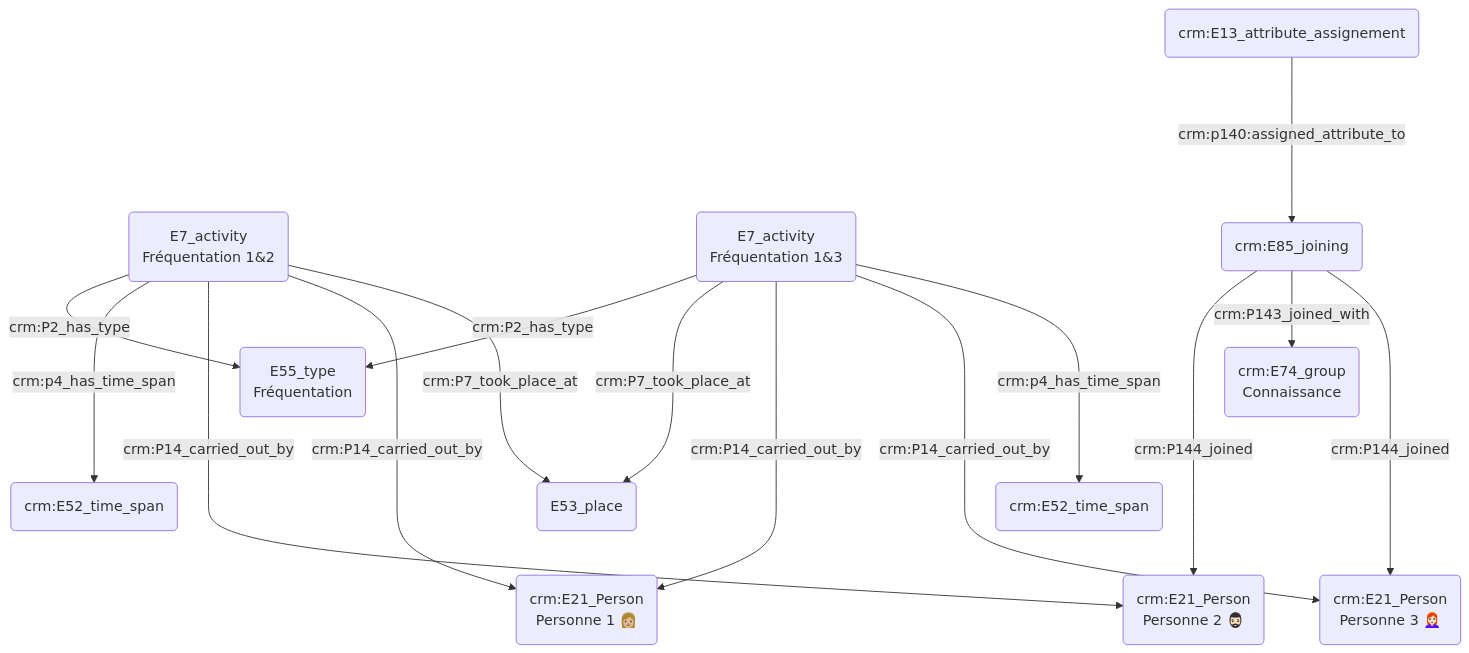
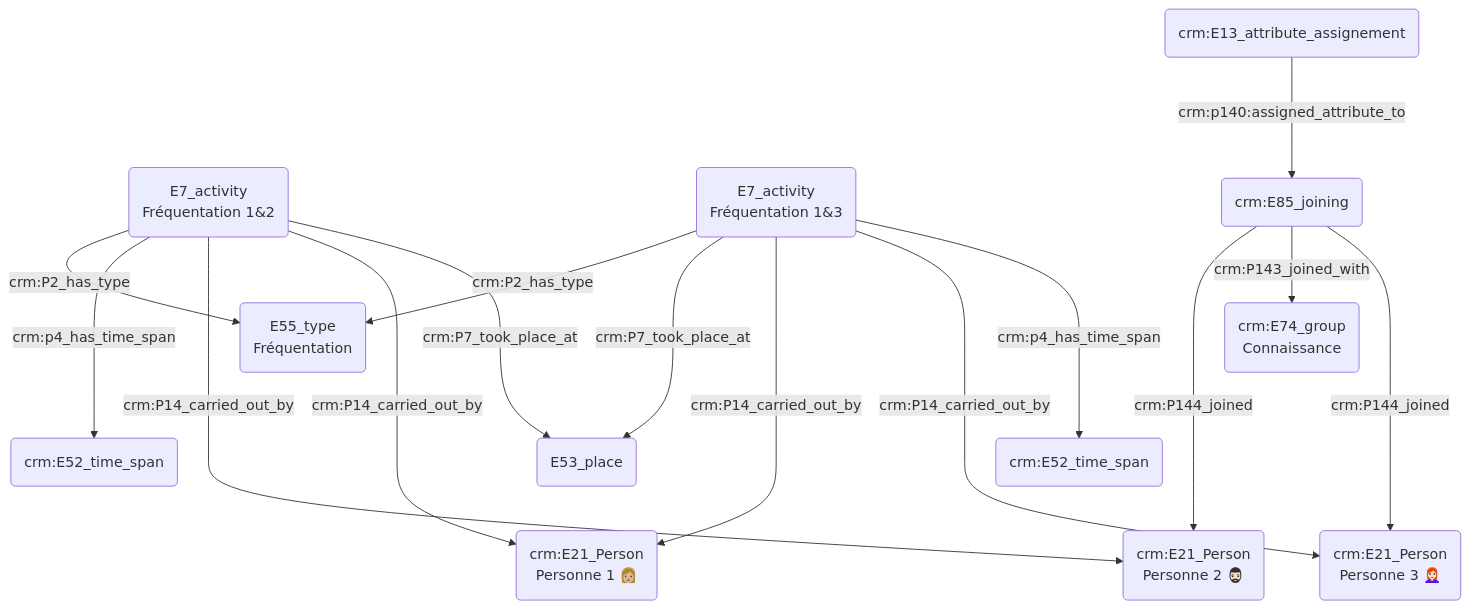
One commit to Amleth/consortium-musica2-gt2-ontologies changed the third of 3 diagrams in modules/prosopographie/index.md. Above: the diagram before and after it, drawn with Mermaid.

````diff
--- a/modules/prosopographie/index.md
+++ b/modules/prosopographie/index.md
@@ -44,25 +44,25 @@
 ```mermaid
 graph TD;
 
 
 B(E7_activity<br>Fréquentation 1&2) -->|crm:P2_has_type| F(E55_type<br>Fréquentation)
 D(E7_activity<br>Fréquentation 1&3) -->|crm:P2_has_type| F(E55_type<br>Fréquentation)
 
 B(E7_activity<br>Fréquentation 1&2) ---> |crm:p4_has_time_span| I(crm:E52_time_span)
 
 B(E7_activity<br>Fréquentation 1&2) ---->|crm:P14_carried_out_by| C("crm:E21_Person<br>Personne 2 🧔🏻‍♂️")
 B(E7_activity<br>Fréquentation 1&2) ---->|crm:P14_carried_out_by| A("crm:E21_Person<br>Personne 1 👩🏼")
 D(E7_activity<br>Fréquentation 1&3) --->|crm:P7_took_place_at| S(E53_place)
 B(E7_activity<br>Fréquentation 1&2) --->|crm:P7_took_place_at| S(E53_place)
 D(E7_activity<br>Fréquentation 1&3) ---->|crm:P14_carried_out_by| A("crm:E21_Person<br>Personne 1 👩🏼")
 D(E7_activity<br>Fréquentation 1&3) ---->|crm:P14_carried_out_by| E("crm:E21_Person<br>Personne 3 👩🏻‍🦰")
 
 D(E7_activity<br>Fréquentation 1&3) ---> |crm:p4_has_time_span| N(crm:E52_time_span)
 
 G(crm:E85_joining) ---->|crm:P144_joined| C("crm:E21_Person<br>Personne 2 🧔🏻‍♂️")
 G(crm:E85_joining) -->|crm:P143_joined_with| H(crm:E74_group<br>Connaissance)
 G(crm:E85_joining) ---->|crm:P144_joined| E("crm:E21_Person<br>Personne 3 👩🏻‍🦰")
 
-O(crm:E13_attribute_assignement) ---->|crm:p140:assigned_attribute_to| G(crm:E85_joining)
+O(crm:E13_attribute_assignement) --->|crm:p140:assigned_attribute_to| G(crm:E85_joining)
 
 ```
````
